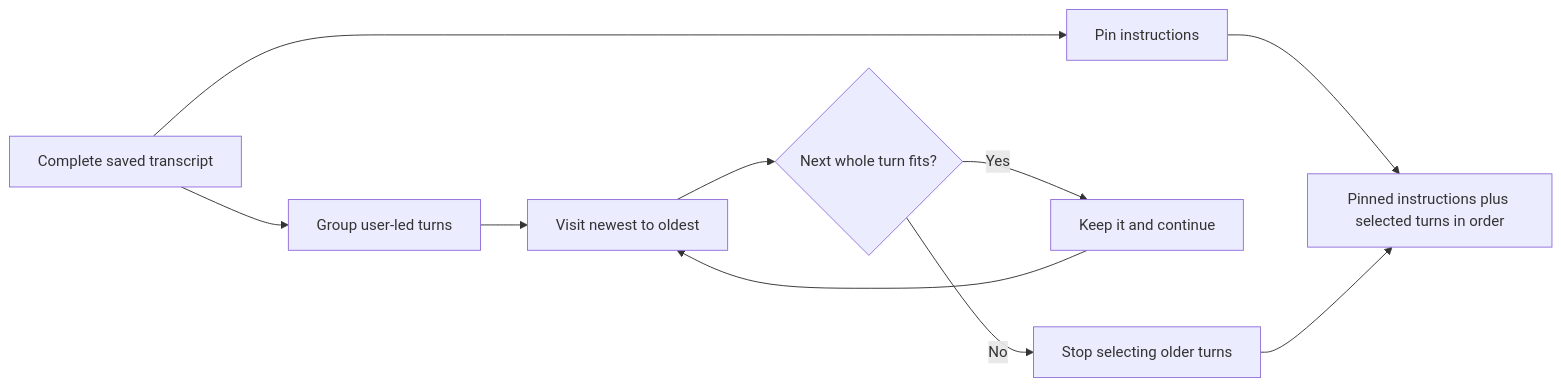
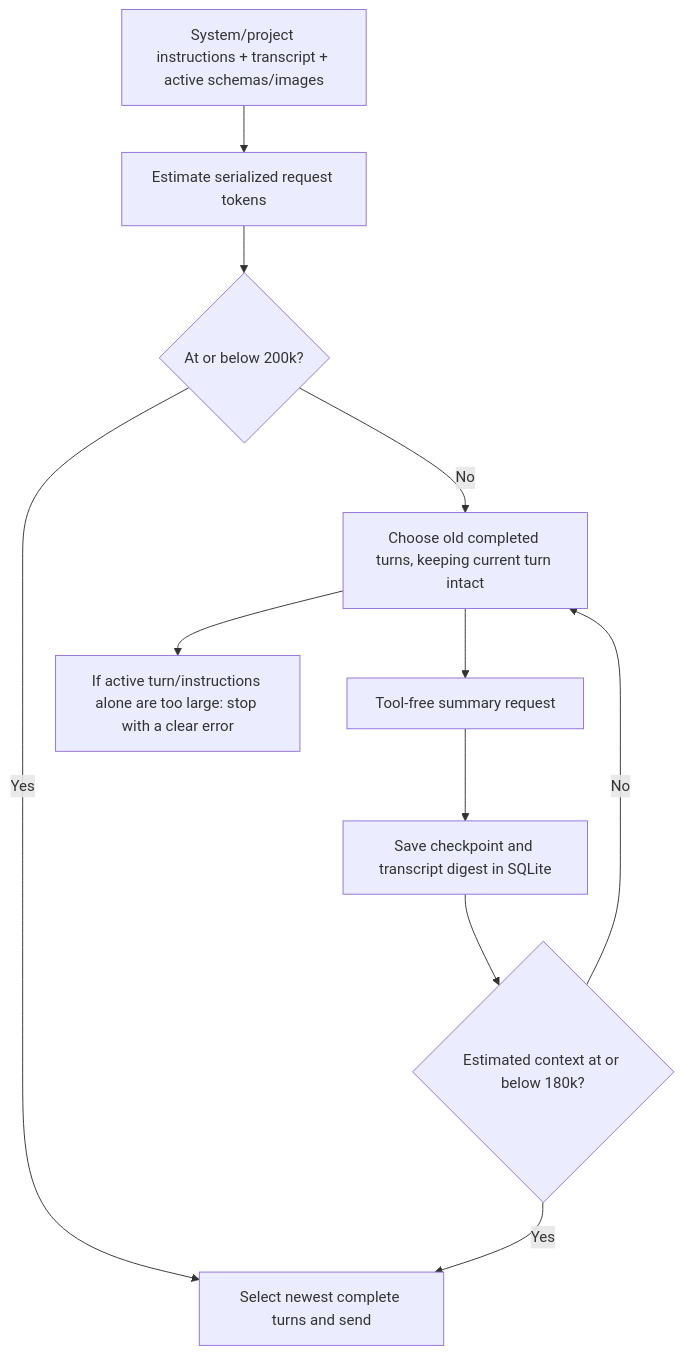
One commit to MetalCloth/mini-hermes changed the third of 3 diagrams in src/docs/04-agent-loop-and-context.md. Above: the diagram before and after it, drawn with Mermaid. The commit also changed other lines of this file and 35 other files, not shown here.

````diff
--- a/src/docs/04-agent-loop-and-context.md
+++ b/src/docs/04-agent-loop-and-context.md
@@ -182,12 +168,13 @@
 ```mermaid
-flowchart LR
-    ALL["Complete saved transcript"] --> PIN["Pin instructions"]
-    ALL --> GROUP["Group user-led turns"]
-    GROUP --> NEW["Visit newest to oldest"]
-    NEW --> FIT{"Next whole turn fits?"}
-    FIT -->|"Yes"| KEEP["Keep it and continue"]
-    KEEP --> NEW
-    FIT -->|"No"| STOP["Stop selecting older turns"]
-    PIN --> OUT["Pinned instructions plus selected turns in order"]
-    STOP --> OUT
+flowchart TD
+    A["System/project instructions + transcript + active schemas/images"] --> B["Estimate serialized request tokens"]
+    B --> C{"At or below 200k?"}
+    C -->|"Yes"| D["Select newest complete turns and send"]
+    C -->|"No"| E["Choose old completed turns, keeping current turn intact"]
+    E --> F["Tool-free summary request"]
+    F --> G["Save checkpoint and transcript digest in SQLite"]
+    G --> H{"Estimated context at or below 180k?"}
+    H -->|"No"| E
+    H -->|"Yes"| D
+    E --> X["If active turn/instructions alone are too large: stop with a clear error"]
 ```
````
